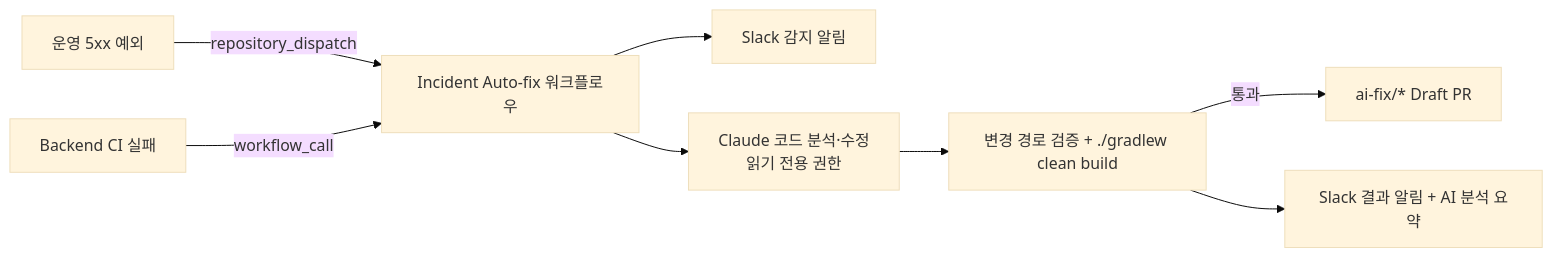
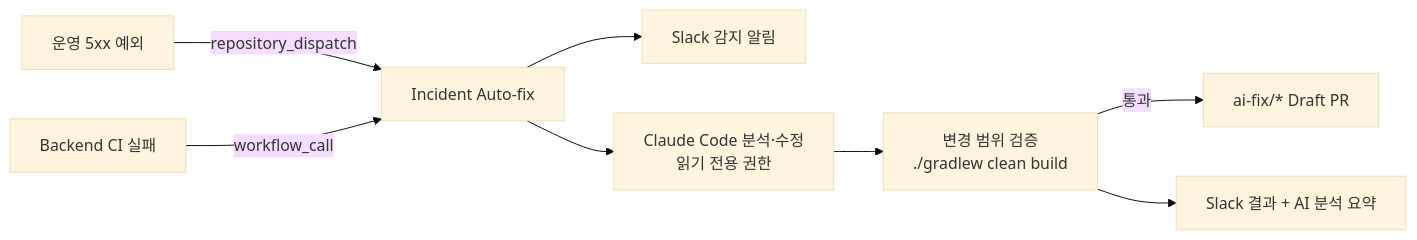
The fifth of 5 diagrams in README.md (jong9s/renewmate-backend), drawn with Mermaid (base theme) before and after one commit. The commit also changed other lines of this file, not shown here.

First line of the commit message:
docs: rewrite README to match current code

````diff
--- a/README.md
+++ b/README.md
@@ -235,10 +204,10 @@
 ```mermaid
 flowchart LR
-    E[운영 5xx 예외] -->|repository_dispatch| W[Incident Auto-fix 워크플로우]
+    E[운영 5xx 예외] -->|repository_dispatch| W[Incident Auto-fix]
     C[Backend CI 실패] -->|workflow_call| W
     W --> S1[Slack 감지 알림]
-    W --> AI[Claude 코드 분석·수정<br/>읽기 전용 권한]
-    AI --> V[변경 경로 검증 + ./gradlew clean build]
+    W --> AI[Claude Code 분석·수정<br/>읽기 전용 권한]
+    AI --> V[변경 범위 검증<br/>./gradlew clean build]
     V -->|통과| PR[ai-fix/* Draft PR]
-    V --> S2[Slack 결과 알림 + AI 분석 요약]
+    V --> S2[Slack 결과 + AI 분석 요약]
 ```
````
